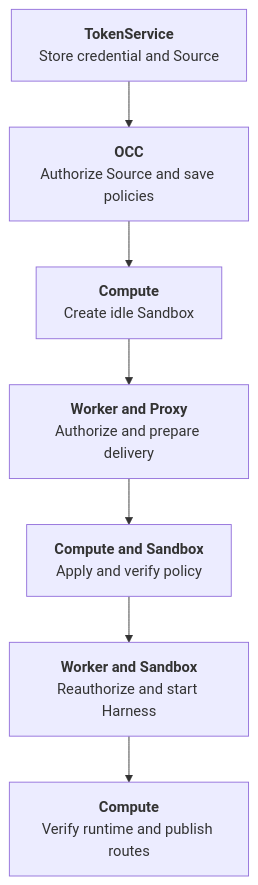
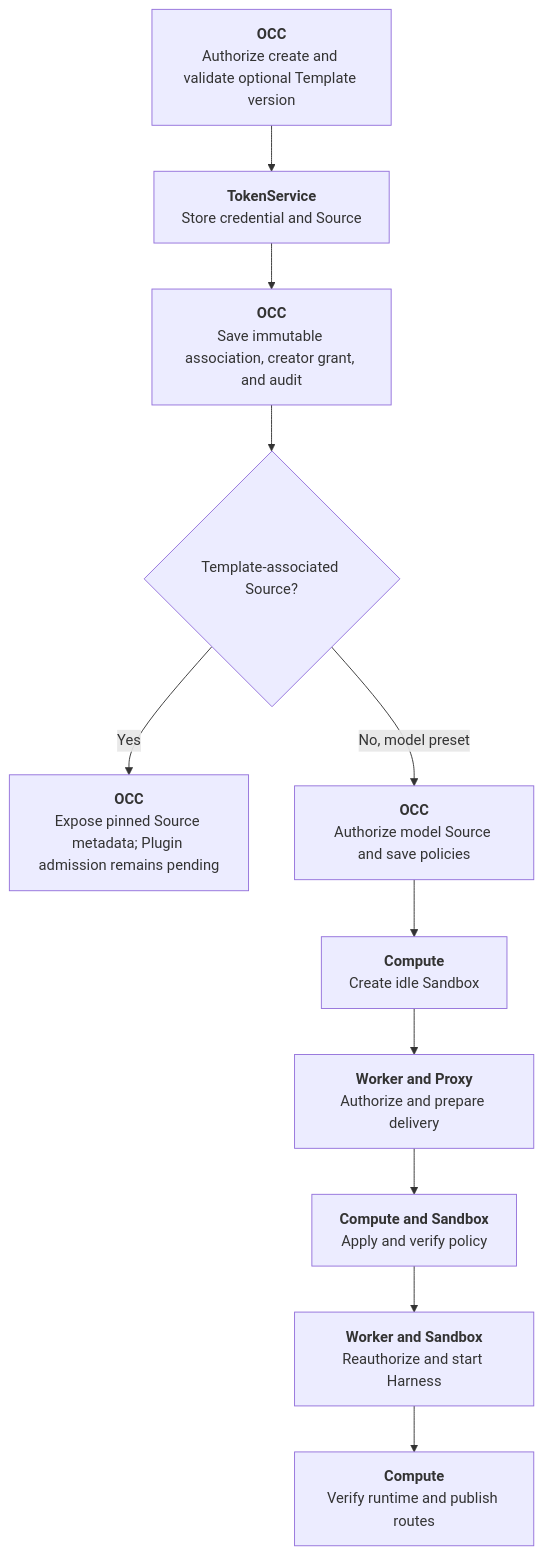
The diagram in docs/flows/credential-source-lifecycle.md (openclaw/openclaw-enterprise), drawn with Mermaid before and after one commit. The commit also changed other lines of this file and 26 other files, not shown here.

Commit message:
Associate credential Sources with approved Template versions

````diff
--- a/docs/flows/credential-source-lifecycle.md
+++ b/docs/flows/credential-source-lifecycle.md
@@ -23,9 +23,13 @@
 ```mermaid
 graph TD
-  Register["<b>TokenService</b><br/>Store credential and Source"] --> Admit["<b>OCC</b><br/>Authorize Source and save policies"]
+  Select["<b>OCC</b><br/>Authorize create and validate optional Template version"] --> Register["<b>TokenService</b><br/>Store credential and Source"]
+  Register --> Associate["<b>OCC</b><br/>Save immutable association, creator grant, and audit"]
+  Associate --> Kind{"Template-associated Source?"}
+  Kind -->|Yes| Discover["<b>OCC</b><br/>Expose pinned Source metadata; Plugin admission remains pending"]
+  Kind -->|No, model preset| Admit["<b>OCC</b><br/>Authorize model Source and save policies"]
   Admit --> Target["<b>Compute</b><br/>Create idle Sandbox"]
   Target --> Delivery["<b>Worker and Proxy</b><br/>Authorize and prepare delivery"]
   Delivery --> Ready["<b>Compute and Sandbox</b><br/>Apply and verify policy"]
   Ready --> Activate["<b>Worker and Sandbox</b><br/>Reauthorize and start Harness"]
   Activate --> Traffic["<b>Compute</b><br/>Verify runtime and publish routes"]
 ```
````
